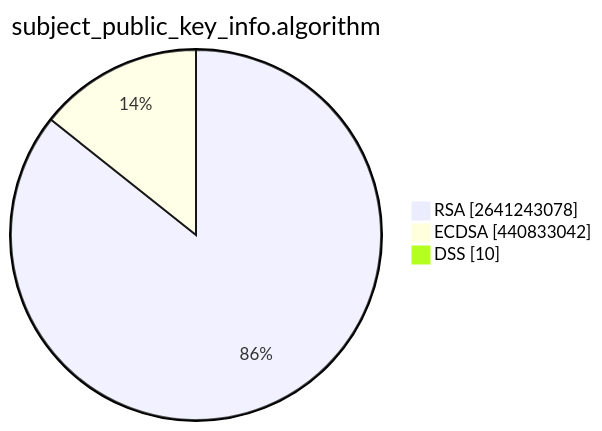
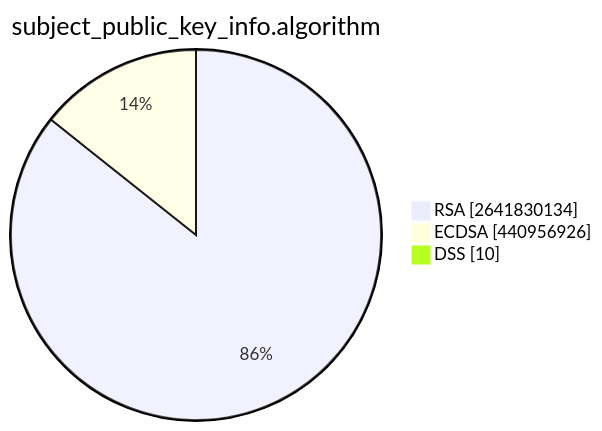
One commit to christiankrug/ctmonitor_visualization changed the second of 15 diagrams in TOTAL/README.md. Above: the diagram before and after it, drawn with Mermaid. The commit also changed other lines of this file, not shown here.

````diff
--- a/TOTAL/README.md
+++ b/TOTAL/README.md
@@ -6,7 +6,7 @@
 ```mermaid
 pie showData
 title subject_public_key_info.algorithm
-"RSA" :2641243078
-"ECDSA" :440833042
+"RSA" :2641830134
+"ECDSA" :440956926
 "DSS" :10
 ```
````
